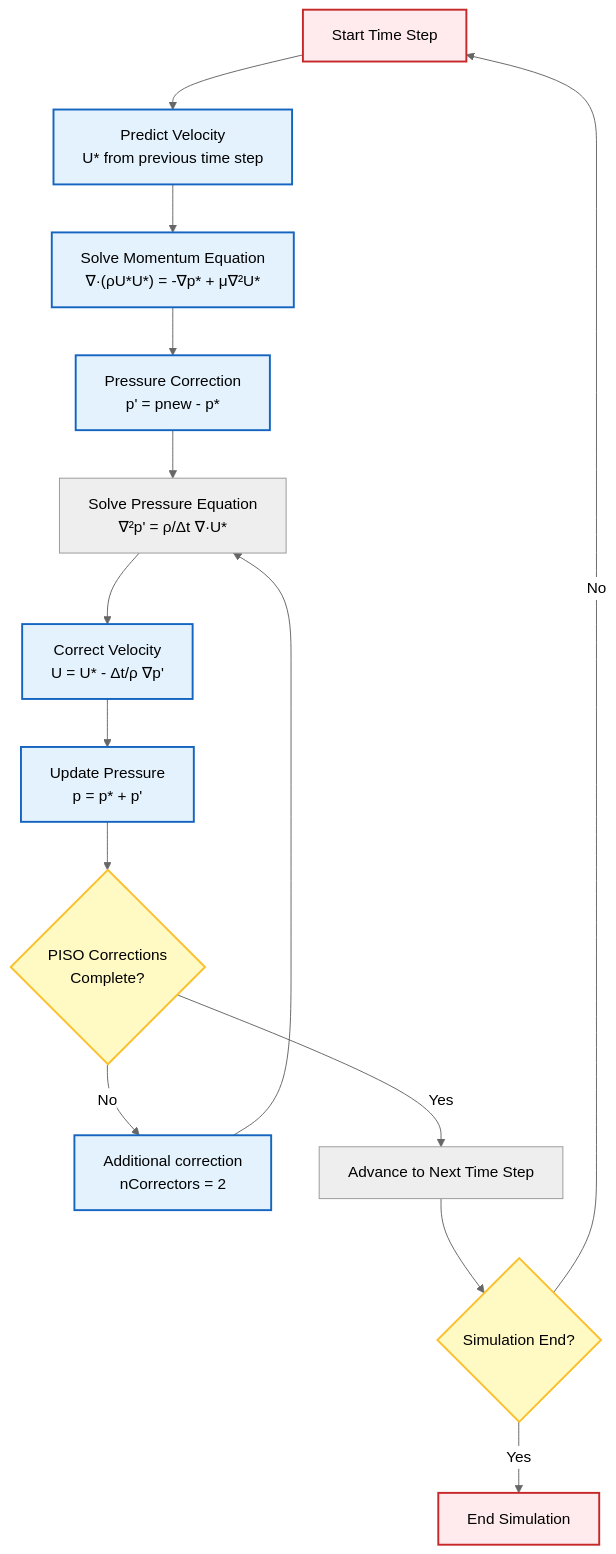
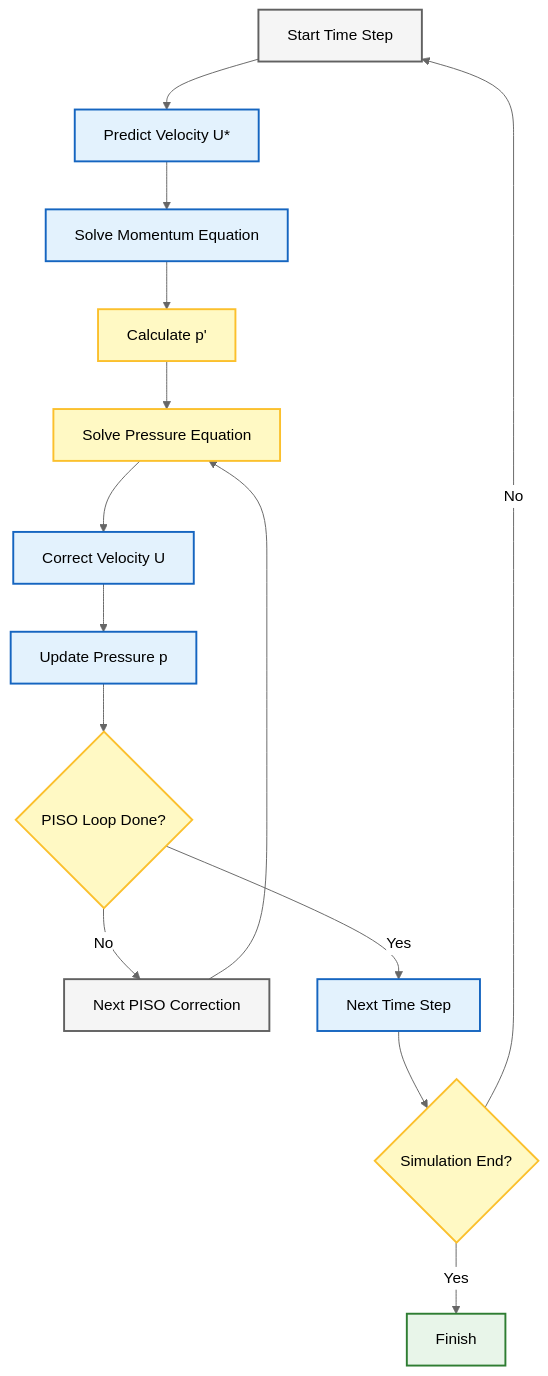
The second of 6 diagrams in MODULE_01_CFD_FUNDAMENTALS/CONTENT/04_FIRST_SIMULATION/00_Overview.md (wramet/build-my-cfd), drawn with Mermaid (neutral theme) before and after one commit. The commit also changed other lines of this file and 313 other files, not shown here.

Commit message:
Revise all diagram

````diff
--- a/MODULE_01_CFD_FUNDAMENTALS/CONTENT/04_FIRST_SIMULATION/00_Overview.md
+++ b/MODULE_01_CFD_FUNDAMENTALS/CONTENT/04_FIRST_SIMULATION/00_Overview.md
@@ -121,25 +119,21 @@
 ```mermaid
-graph TD
-    A["Start Time Step"] --> B["Predict Velocity<br/>U* from previous time step"]
-    B --> C["Solve Momentum Equation<br/>∇·(ρU*U*) = -∇p* + μ∇²U*"]
-    C --> D["Pressure Correction<br/>p' = pnew - p*"]
-    D --> E["Solve Pressure Equation<br/>∇²p' = ρ/Δt ∇·U*"]
-    E --> F["Correct Velocity<br/>U = U* - Δt/ρ ∇p'"]
-    F --> G["Update Pressure<br/>p = p* + p'"]
-    G --> H{"PISO Corrections<br/>Complete?"}
-    H -->|No| I["Additional correction<br/>nCorrectors = 2"]
+flowchart TD
+    A["Start Time Step"]:::context --> B["Predict Velocity U*"]:::implicit
+    B --> C["Solve Momentum Equation"]:::implicit
+    C --> D["Calculate p'"]:::explicit
+    D --> E["Solve Pressure Equation"]:::explicit
+    E --> F["Correct Velocity U"]:::implicit
+    F --> G["Update Pressure p"]:::implicit
+    G --> H{"PISO Loop Done?"}:::explicit
+    H -->|No| I["Next PISO Correction"]:::context
     I --> E
-    H -->|Yes| J["Advance to Next Time Step"]
-    J --> K{"Simulation End?"}
+    H -->|Yes| J["Next Time Step"]:::implicit
+    J --> K{"Simulation End?"}:::explicit
     K -->|No| A
-    K -->|Yes| L["End Simulation"]
+    K -->|Yes| L["Finish"]:::success
 
-    classDef process fill:#e3f2fd,stroke:#1565c0,stroke-width:2px,color:#000;
-    classDef decision fill:#fff9c4,stroke:#fbc02d,stroke-width:2px,color:#000;
-    classDef terminator fill:#ffebee,stroke:#c62828,stroke-width:2px,color:#000;
-
-    class A,L terminator;
-    class B,C,D,F,G,I process;
-    class E,J storage;
-    class H,K decision;
+classDef context fill:#f5f5f5,stroke:#616161,stroke-width:2px,color:#000;
+classDef implicit fill:#e3f2fd,stroke:#1565c0,stroke-width:2px,color:#000;
+classDef explicit fill:#fff9c4,stroke:#fbc02d,stroke-width:2px,color:#000;
+classDef success fill:#e8f5e9,stroke:#2e7d32,stroke-width:2px,color:#000;
 ```
````
